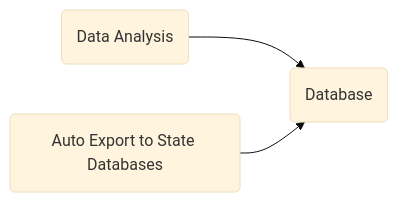
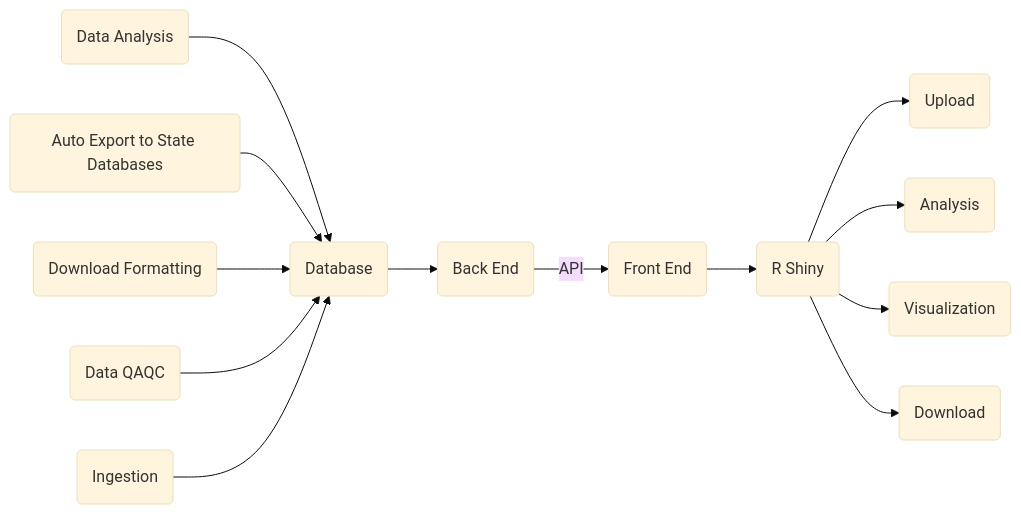
The diagram in README.md (Moore-Institute-4-Plastic-Pollution-Res/Microplastic_Data_Portal), drawn with Mermaid (base theme) before and after one commit.

Commit message:
Update flowchart

````diff
--- a/README.md
+++ b/README.md
@@ -21,5 +21,15 @@
 ```mermaid
   graph LR;
       A(Data Analysis)-->B(Database);
       C(Auto Export to State Databases)-->B(Database);
+      D(Download Formatting)-->B;
+      E(Data QAQC)-->B;
+      F(Ingestion)-->B;
+      B-->G(Back End);
+      G--API-->H(Front End);
+      H-->I(R Shiny);
+      I-->J(Upload);
+      I-->K(Analysis);
+      I-->L(Visualization);
+      I-->M(Download);
 ```
````
